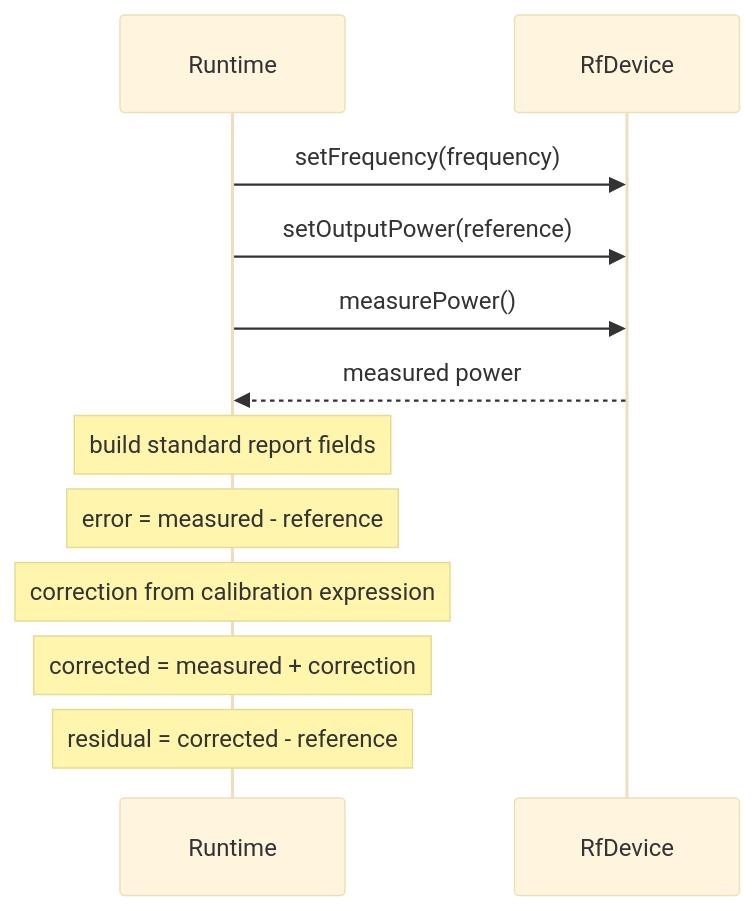
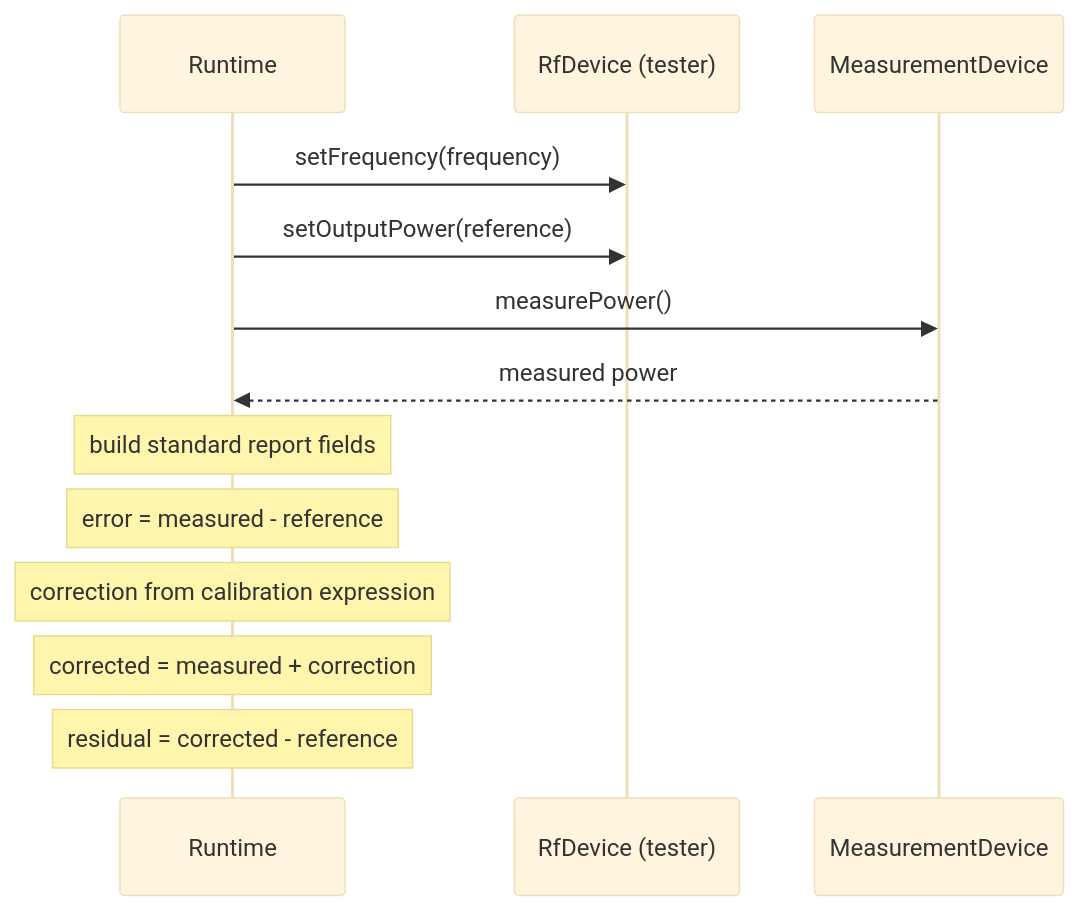
The fourth of 4 diagrams in docs/architecture.md (sergiorf/HorusRF), drawn with Mermaid (base theme) before and after one commit. The commit also changed other lines of this file and 20 other files, not shown here.

Commit message:
Refactor TX characterization into separate tester and measurement devices

````diff
--- a/docs/architecture.md
+++ b/docs/architecture.md
@@ -196,14 +217,15 @@
 ```mermaid
 sequenceDiagram
     participant R as Runtime
-    participant D as RfDevice
-    R->>D: setFrequency(frequency)
-    R->>D: setOutputPower(reference)
-    R->>D: measurePower()
-    D-->>R: measured power
+    participant T as RfDevice (tester)
+    participant M as MeasurementDevice
+    R->>T: setFrequency(frequency)
+    R->>T: setOutputPower(reference)
+    R->>M: measurePower()
+    M-->>R: measured power
     Note over R: build standard report fields
     Note over R: error = measured - reference
     Note over R: correction from calibration expression
     Note over R: corrected = measured + correction
     Note over R: residual = corrected - reference
 ```
````
